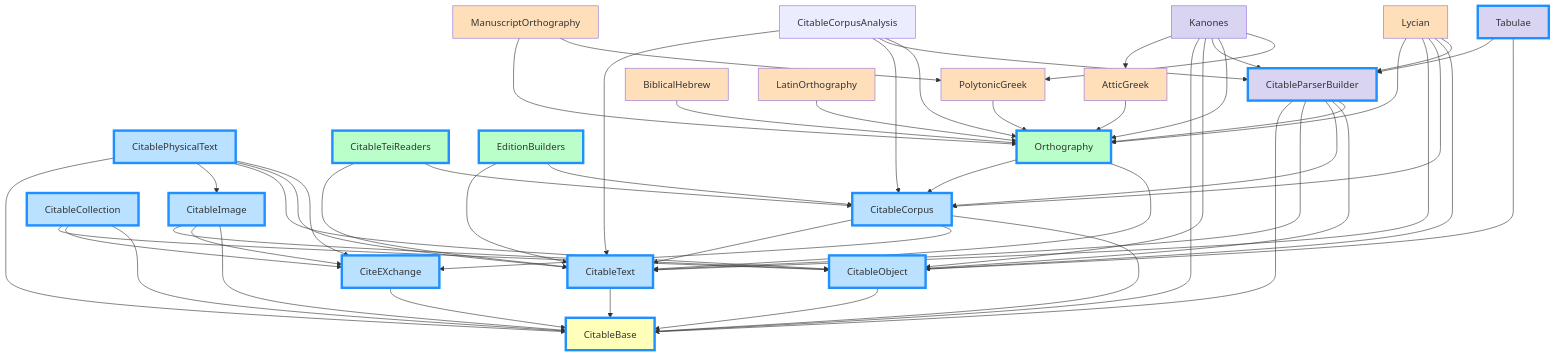
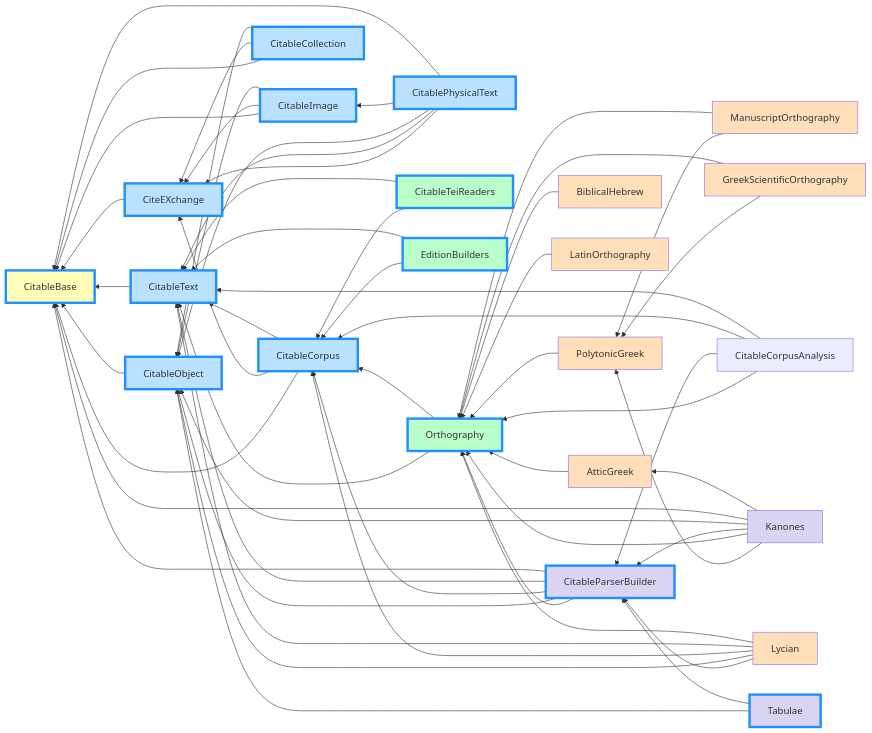
One commit to neelsmith/quart-home changed the first of 3 diagrams in digschol/pkg_graph/index.qmd. Above: the diagram before and after it, drawn with Mermaid.

Commit message:
Add GreekScientificOrthography

````diff
--- a/digschol/pkg_graph/index.qmd
+++ b/digschol/pkg_graph/index.qmd
@@ -7,5 +7,5 @@
 ```{mermaid}
-graph TD;
+graph RL;
 CitableText --> CitableBase
 click CitableText "https://neelsmith.quarto.pub/citabletext/" "Citing texts"
 CitableObject --> CitableBase
@@ -55,6 +55,9 @@
 AtticGreek  --> Orthography
 ManuscriptOrthography  --> Orthography
 ManuscriptOrthography  --> PolytonicGreek
+GreekScientificOrthography  --> Orthography
+GreekScientificOrthography  --> PolytonicGreek
+
 
 BiblicalHebrew  --> Orthography
 LatinOrthography --> Orthography
@@ -105,7 +108,7 @@
 class Orthography,CitableTeiReaders,EditionBuilders mid
 
 classDef ortho fill:#ffdfba
-class PolytonicGreek,AtticGreek,ManuscriptOrthography,BiblicalHebrew,LatinOrthography,Lycian ortho
+class PolytonicGreek,AtticGreek,ManuscriptOrthography,GreekScientificOrthography,BiblicalHebrew,LatinOrthography,Lycian ortho
 
 classDef quarto stroke-width:4,stroke:#1E90FF
 
````
